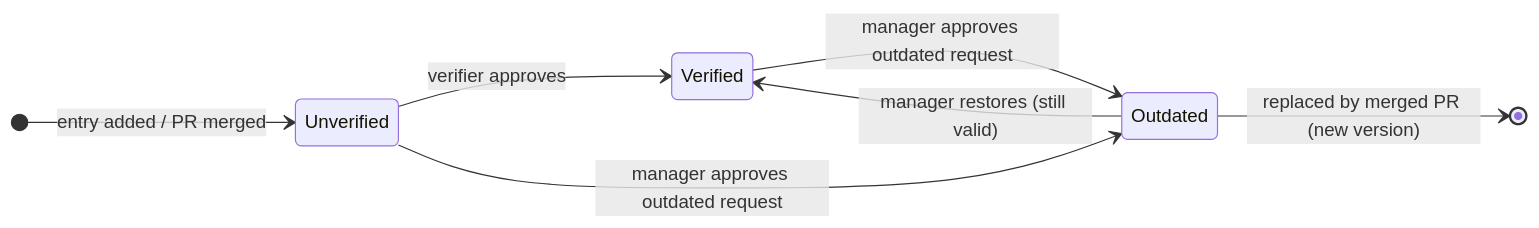
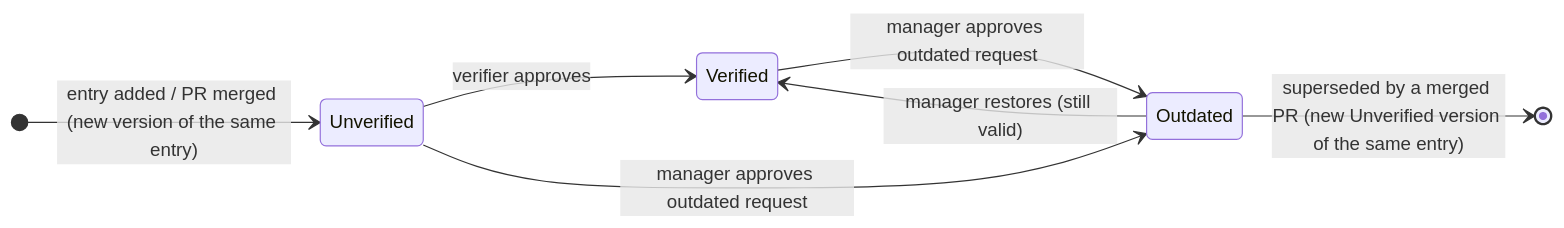
One commit to EgorKorsunskiy/-sdworx--trusted-knowledge-base changed the first of 2 diagrams in FUNCTIONAL_SPEC.md. Above: the diagram before and after it, drawn with Mermaid. The commit also changed other lines of this file and 72 other files, not shown here.

````diff
--- a/FUNCTIONAL_SPEC.md
+++ b/FUNCTIONAL_SPEC.md
@@ -80,10 +88,10 @@
 ```mermaid
 stateDiagram-v2
     direction LR
-    [*] --> Unverified: entry added / PR merged
+    [*] --> Unverified: entry added / PR merged (new version of the same entry)
     Unverified --> Verified: verifier approves
     Verified --> Outdated: manager approves outdated request
     Unverified --> Outdated: manager approves outdated request
     Outdated --> Verified: manager restores (still valid)
-    Outdated --> [*]: replaced by merged PR (new version)
+    Outdated --> [*]: superseded by a merged PR (new Unverified version of the same entry)
 ```
````
